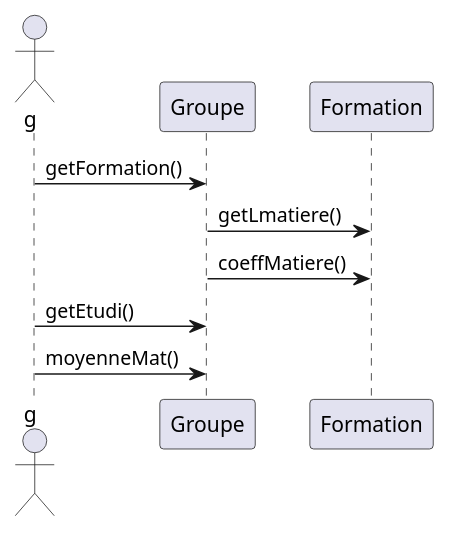
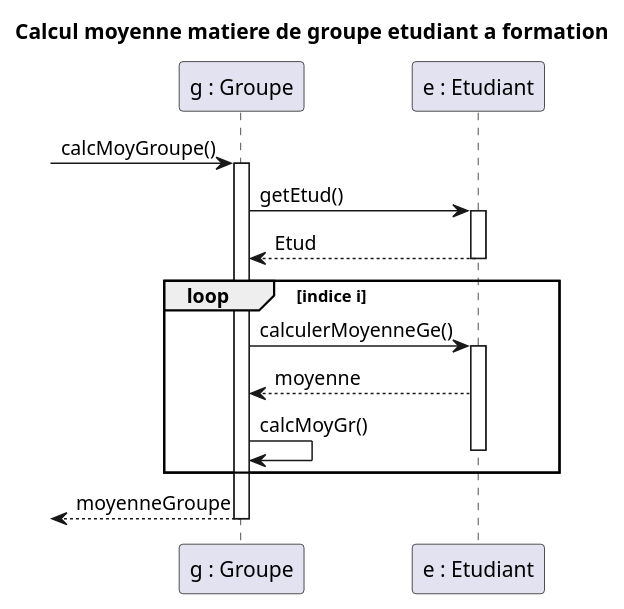
The diagram in Diagramme/calculMoyenneGroupe.plantuml (duongdk099/new), drawn with PlantUML before and after one commit. The commit also changed 3 other files, not shown here.

Commit message:
Diagramme de sequences finir

```diff
--- a/Diagramme/calculMoyenneGroupe.plantuml
+++ b/Diagramme/calculMoyenneGroupe.plantuml
@@ -1,8 +1,23 @@
 @startuml
-actor g
-g->Groupe : getFormation()
-Groupe -> Formation : getLmatiere()
-Groupe -> Formation : coeffMatiere()
-g->Groupe : getEtudi()
-g->Groupe : moyenneMat()
+title Calcul moyenne matiere de groupe etudiant a formation
+participant "g : Groupe" as groupe
+participant "e : Etudiant" as etudiant
+[-> groupe : calcMoyGroupe()
+activate groupe
+    groupe -> etudiant : getEtud()
+    activate etudiant
+    groupe <-- etudiant : Etud
+    deactivate etudiant
+
+    loop indice i
+    groupe -> etudiant : calculerMoyenneGe()
+    activate etudiant
+    groupe <-- etudiant : moyenne
+    groupe -> groupe : calcMoyGr()
+    deactivate etudiant
+    end
+
+[<-- groupe : moyenneGroupe
+deactivate groupe
+
 @enduml
```
